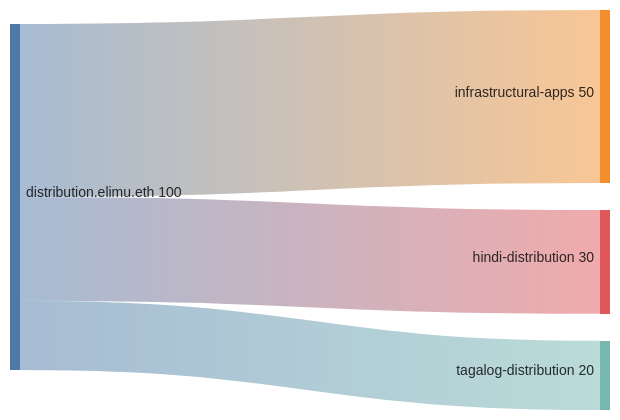
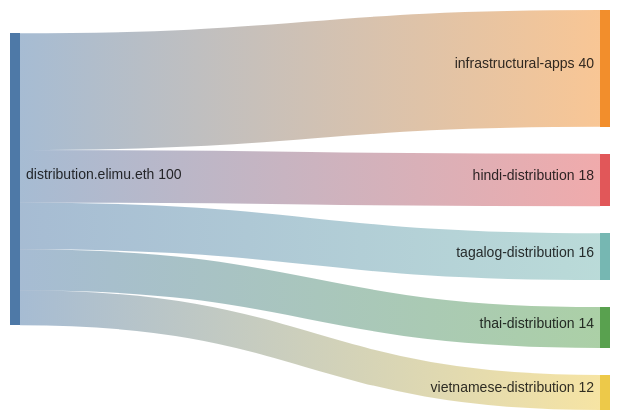
The third of 3 diagrams in DRIP_LIST_FUNDING_SPLITS.md (elimu-ai/web3-wiki), drawn with Mermaid before and after one commit. The commit also changed other lines of this file, not shown here.

````diff
--- a/DRIP_LIST_FUNDING_SPLITS.md
+++ b/DRIP_LIST_FUNDING_SPLITS.md
@@ -101,8 +101,10 @@
 ```mermaid
 sankey-beta
 
 %% source,target,value
-distribution.elimu.eth,infrastructural-apps,50
-distribution.elimu.eth,hindi-distribution,30
-distribution.elimu.eth,tagalog-distribution,20
+distribution.elimu.eth,infrastructural-apps,40
+distribution.elimu.eth,hindi-distribution,18
+distribution.elimu.eth,tagalog-distribution,16
+distribution.elimu.eth,thai-distribution,14
+distribution.elimu.eth,vietnamese-distribution,12
 ```
````
